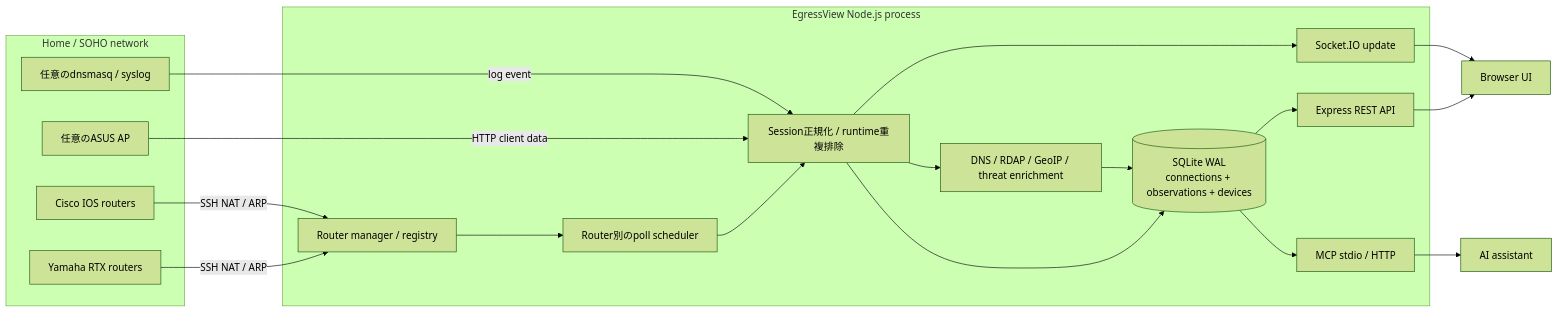
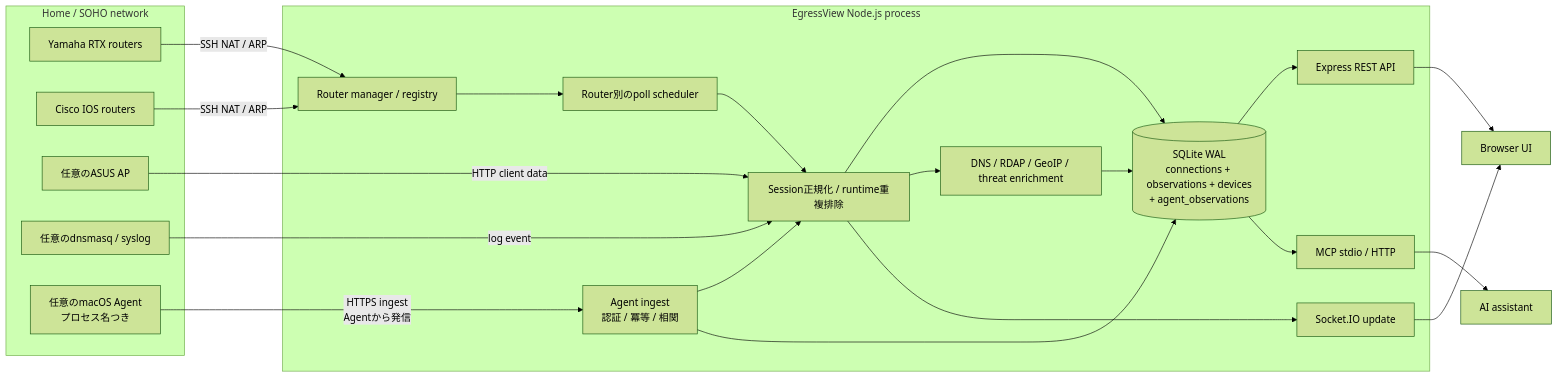
Before and after one commit to yo1t/egressview: the diagram in docs/architecture.ja.md, drawn with Mermaid (forest theme). The commit also changed other lines of this file and 2 other files, not shown here.

First line of the commit message:
docs: put the agent in the architecture, and quiet dotenv's advertisement

````diff
--- a/docs/architecture.ja.md
+++ b/docs/architecture.ja.md
@@ -13,31 +13,36 @@
 ```mermaid
 flowchart LR
   subgraph Network[Home / SOHO network]
     Y[Yamaha RTX routers]
     C[Cisco IOS routers]
     A[任意のASUS AP]
     L[任意のdnsmasq / syslog]
+    M[任意のmacOS Agent<br/>プロセス名つき]
   end
 
   subgraph Server[EgressView Node.js process]
     RM[Router manager / registry]
     PS[Router別のpoll scheduler]
+    IN[Agent ingest<br/>認証 / 冪等 / 相関]
     N[Session正規化 / runtime重複排除]
     EN[DNS / RDAP / GeoIP / threat enrichment]
-    DB[(SQLite WAL\nconnections + observations + devices)]
+    DB[(SQLite WAL\nconnections + observations + devices\n+ agent_observations)]
     HTTP[Express REST API]
     WS[Socket.IO update]
     MCP[MCP stdio / HTTP]
   end
 
   Y -->|SSH NAT / ARP| RM
   C -->|SSH NAT / ARP| RM
   RM --> PS --> N
   A -->|HTTP client data| N
   L -->|log event| N
+  M -->|HTTPS ingest<br/>Agentから発信| IN
+  IN --> N
+  IN --> DB
   N --> DB
   N --> EN --> DB
   DB --> HTTP --> UI[Browser UI]
   N --> WS --> UI
   DB --> MCP --> AI[AI assistant]
 ```
````
